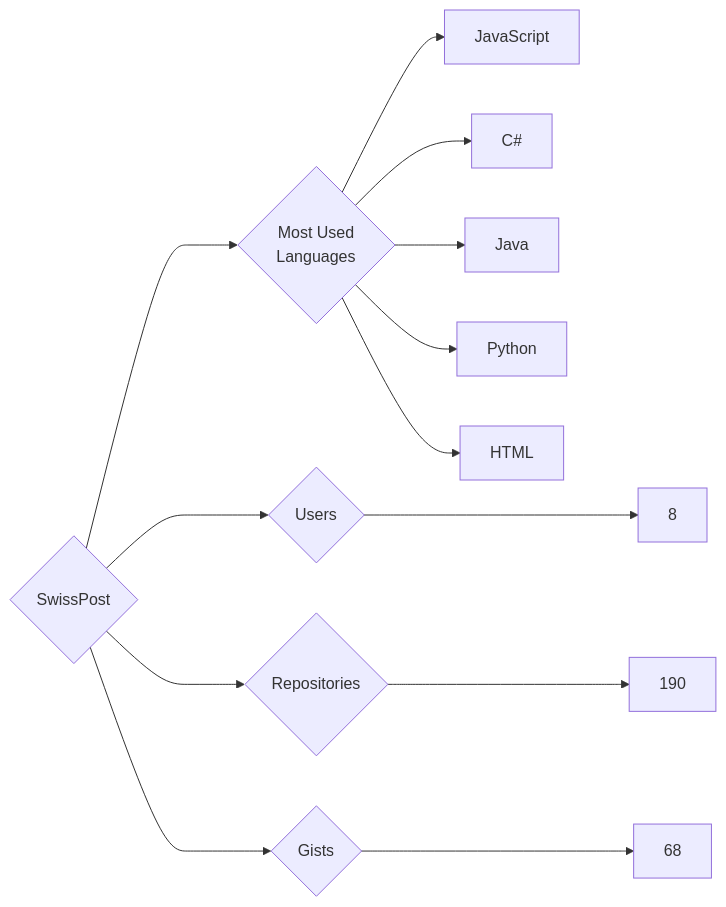
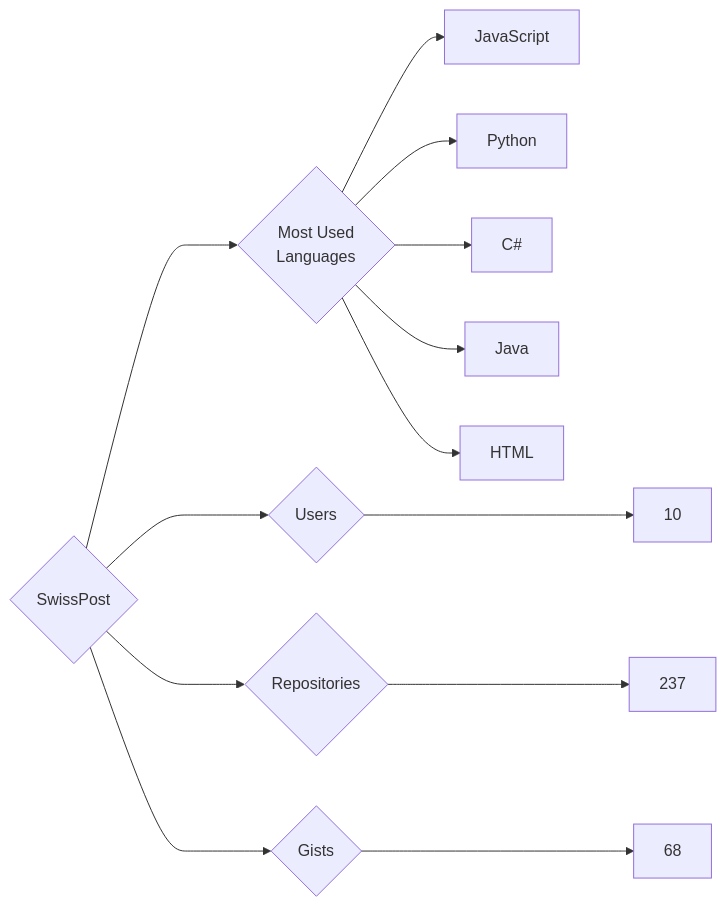
The diagram in targets/SwissPost/README.md (trickest/insiders), drawn with Mermaid before and after one commit. The commit also changed 773 other files, not shown here.

````diff
--- a/targets/SwissPost/README.md
+++ b/targets/SwissPost/README.md
@@ -3,13 +3,13 @@
 ```mermaid
 graph LR
 COMPANY_NAME{SwissPost}
-COMPANY_NAME ---> U{Users} ---> UN[8]
-COMPANY_NAME ---> R{Repositories} ---> RN[190]
+COMPANY_NAME ---> U{Users} ---> UN[10]
+COMPANY_NAME ---> R{Repositories} ---> RN[237]
 COMPANY_NAME ---> G{Gists} ---> GN[68]
 COMPANY_NAME ---> ML{Most Used<br>Languages}
 ML --> JavaScript[JavaScript]
+ML --> Python[Python]
 ML --> C#[C#]
 ML --> Java[Java]
-ML --> Python[Python]
 ML --> HTML[HTML]
 ```
````
